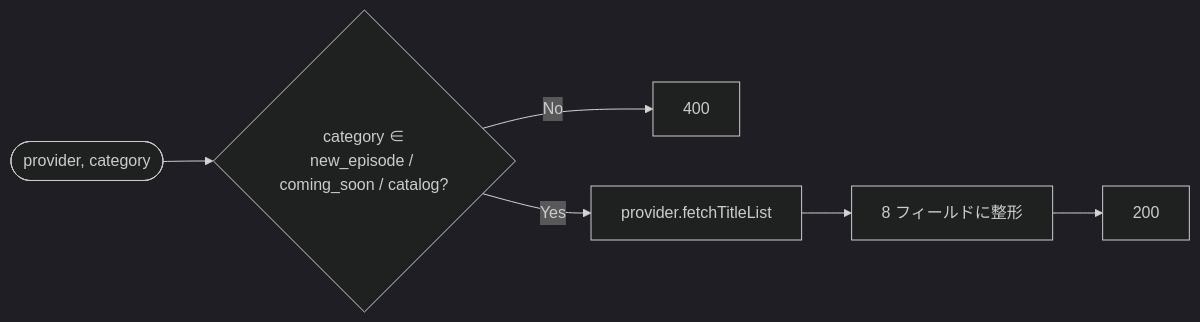
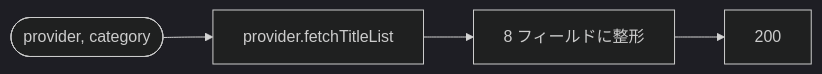
One commit to tkgstrator/anime-tracker changed the third of 5 diagrams in docs/features/lambda-processing-flow.md. Above: the diagram before and after it, drawn with Mermaid (dark theme). The commit also changed other lines of this file and 2 other files, not shown here.

````diff
--- a/docs/features/lambda-processing-flow.md
+++ b/docs/features/lambda-processing-flow.md
@@ -204,8 +214,6 @@
 ```mermaid
 flowchart LR
-  A([provider, category]) --> V{category ∈<br/>new_episode / coming_soon / catalog?}
-  V -- No --> Err[400]
-  V -- Yes --> F[provider.fetchTitleList]
+  A([provider, category]) --> F[provider.fetchTitleList]
   F --> M[8 フィールドに整形]
   M --> Ok[200]
 ```
````
